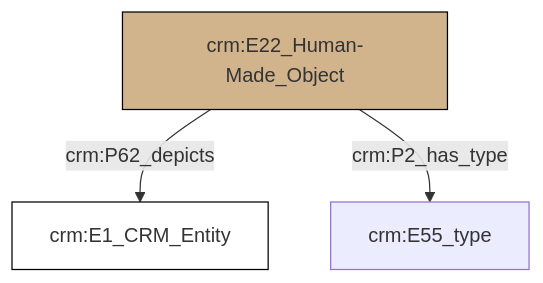
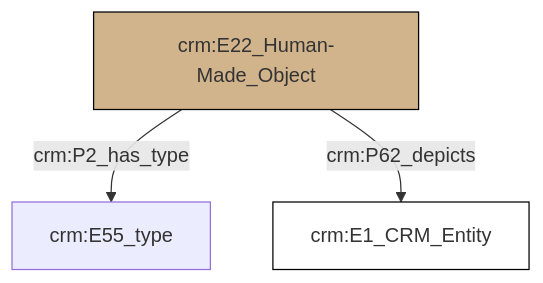
The diagram in et/builtWorkCSV/ttl/mmd/Built_Work_aboutness.ttl.mmd (swiss-art-research-net/reference-data-models), drawn with Mermaid before and after one commit. The commit also changed 205 other files, not shown here.

```diff
--- a/et/builtWorkCSV/ttl/mmd/Built_Work_aboutness.ttl.mmd
+++ b/et/builtWorkCSV/ttl/mmd/Built_Work_aboutness.ttl.mmd
@@ -1,17 +1,17 @@
 graph TD
 classDef Literal fill:#f2f2f2,stroke:#000000;
 classDef CRM_Entity fill:#FFFFFF,stroke:#000000;
 classDef Temporal_Entity fill:#00C9E6, stroke:#000000;
 classDef Type fill:#E18312, stroke:#000000;
 classDef Time-Span fill:#2C9C91, stroke:#000000;
 classDef Appellation fill:#FFEB7F, stroke:#000000;
 classDef Place fill:#008836, stroke:#000000;
 classDef Persistent_Item fill:#B266B2, stroke:#000000;
 classDef Conceptual_Object fill:#FFD700, stroke:#000000;
 classDef Physical_Thing fill:#D2B48C, stroke:#000000;
 classDef Actor fill:#f58aad, stroke:#000000;
 classDef PC_Classes fill:#4ce600, stroke:#000000;
 classDef Multi fill:#cccccc,stroke:#000000;
 
-2["crm:E22_Human-Made_Object"]:::Physical_Thing -->|crm:P62_depicts| 0["crm:E1_CRM_Entity"]:::CRM_Entity
-2["crm:E22_Human-Made_Object"]:::Physical_Thing -->|crm:P2_has_type| 3["crm:E55_type"]:::Default
+0["crm:E22_Human-Made_Object"]:::Physical_Thing -->|crm:P2_has_type| 2["crm:E55_type"]:::Default
+0["crm:E22_Human-Made_Object"]:::Physical_Thing -->|crm:P62_depicts| 3["crm:E1_CRM_Entity"]:::CRM_Entity
```
